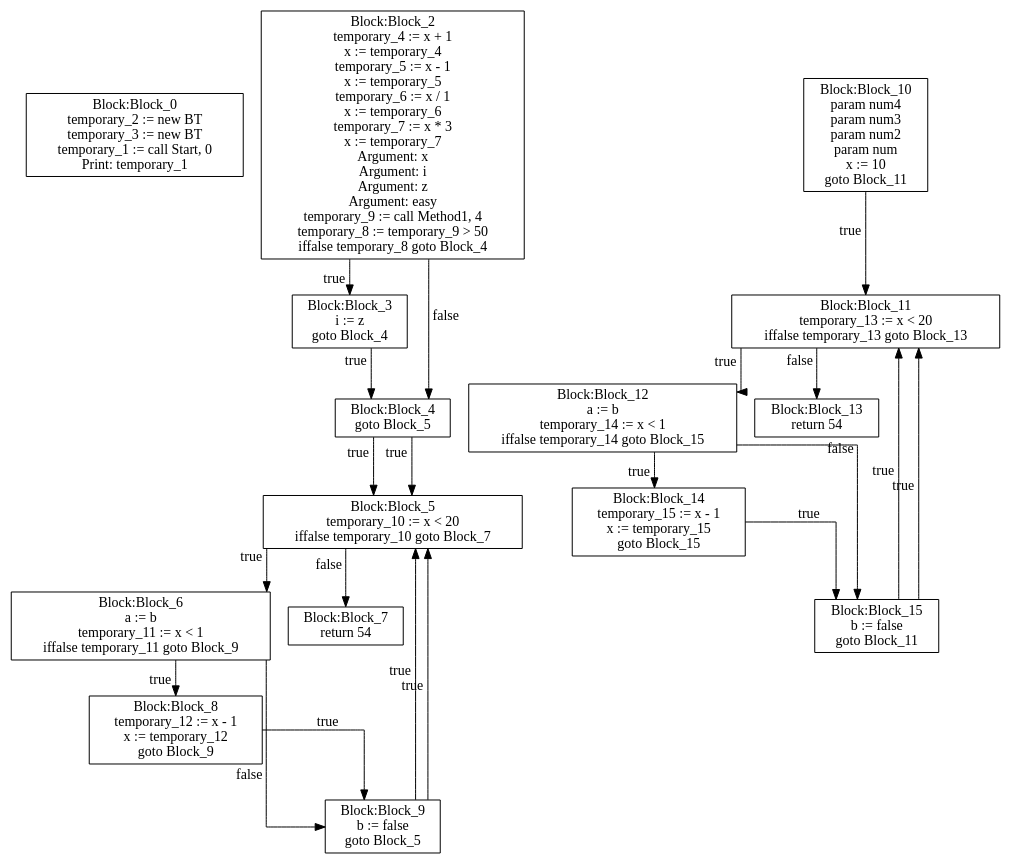
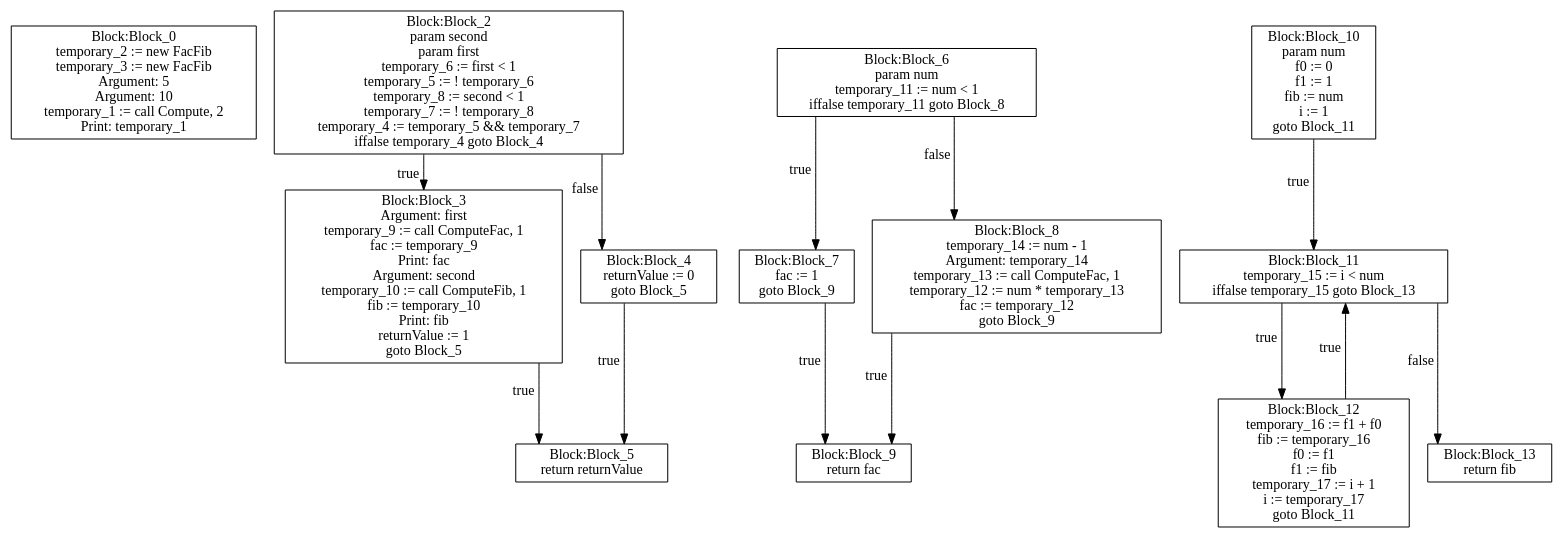
One commit to moondog-matthew/compiler-dv1655 changed the diagram in lab3/CFG-tree.dot. Above: the diagram before and after it, drawn with Graphviz. The commit also changed 7 other files, not shown here.

```diff
--- a/lab3/CFG-tree.dot
+++ b/lab3/CFG-tree.dot
@@ -1,97 +1,84 @@
 digraph {
 graph [ splines = ortho ]
 	node [ shape = box ];
 Block_0 [label="Block:Block_0
-temporary_2 := new BT
-temporary_3 := new BT
-temporary_1 := call Start, 0
+temporary_2 := new FacFib
+temporary_3 := new FacFib
+Argument: 5
+Argument: 10
+temporary_1 := call Compute, 2
 Print: temporary_1"];
 Block_2 [label="Block:Block_2
-temporary_4 := x + 1
-x := temporary_4
-temporary_5 := x - 1
-x := temporary_5
-temporary_6 := x / 1
-x := temporary_6
-temporary_7 := x * 3
-x := temporary_7
-Argument: x
-Argument: i
-Argument: z
-Argument: easy
-temporary_9 := call Method1, 4
-temporary_8 := temporary_9 > 50
-iffalse temporary_8 goto Block_4"];
+param second
+param first
+temporary_6 := first < 1
+temporary_5 := ! temporary_6
+temporary_8 := second < 1
+temporary_7 := ! temporary_8
+temporary_4 := temporary_5 && temporary_7
+iffalse temporary_4 goto Block_4"];
 Block_2 -> Block_3 [xlabel = "true"]
 Block_3 [label="Block:Block_3
-i := z
-goto Block_4"];
-Block_3 -> Block_4 [xlabel = "true"]
+Argument: first
+temporary_9 := call ComputeFac, 1
+fac := temporary_9
+Print: fac
+Argument: second
+temporary_10 := call ComputeFib, 1
+fib := temporary_10
+Print: fib
+returnValue := 1
+goto Block_5"];
+Block_3 -> Block_5 [xlabel = "true"]
+Block_5 [label="Block:Block_5
+return returnValue"];
+Block_2 -> Block_4 [xlabel = "false"]
 Block_4 [label="Block:Block_4
+returnValue := 0
 goto Block_5"];
 Block_4 -> Block_5 [xlabel = "true"]
-Block_5 [label="Block:Block_5
-temporary_10 := x < 20
-iffalse temporary_10 goto Block_7"];
-Block_5 -> Block_6 [xlabel = "true"]
 Block_6 [label="Block:Block_6
-a := b
-temporary_11 := x < 1
-iffalse temporary_11 goto Block_9"];
-Block_6 -> Block_8 [xlabel = "true"]
+param num
+temporary_11 := num < 1
+iffalse temporary_11 goto Block_8"];
+Block_6 -> Block_7 [xlabel = "true"]
+Block_7 [label="Block:Block_7
+fac := 1
+goto Block_9"];
+Block_7 -> Block_9 [xlabel = "true"]
+Block_9 [label="Block:Block_9
+return fac"];
+Block_6 -> Block_8 [xlabel = "false"]
 Block_8 [label="Block:Block_8
-temporary_12 := x - 1
-x := temporary_12
+temporary_14 := num - 1
+Argument: temporary_14
+temporary_13 := call ComputeFac, 1
+temporary_12 := num * temporary_13
+fac := temporary_12
 goto Block_9"];
 Block_8 -> Block_9 [xlabel = "true"]
-Block_9 [label="Block:Block_9
-b := false
-goto Block_5"];
-Block_9 -> Block_5 [xlabel = "true"]
-Block_6 -> Block_9 [xlabel = "false"]
-Block_9 [label="Block:Block_9
-b := false
-goto Block_5"];
-Block_9 -> Block_5 [xlabel = "true"]
-Block_5 -> Block_7 [xlabel = "false"]
-Block_7 [label="Block:Block_7
-return 54"];
-Block_2 -> Block_4 [xlabel = "false"]
-Block_4 [label="Block:Block_4
-goto Block_5"];
-Block_4 -> Block_5 [xlabel = "true"]
 Block_10 [label="Block:Block_10
-param num4
-param num3
-param num2
 param num
-x := 10
+f0 := 0
+f1 := 1
+fib := num
+i := 1
 goto Block_11"];
 Block_10 -> Block_11 [xlabel = "true"]
 Block_11 [label="Block:Block_11
-temporary_13 := x < 20
-iffalse temporary_13 goto Block_13"];
+temporary_15 := i < num
+iffalse temporary_15 goto Block_13"];
 Block_11 -> Block_12 [xlabel = "true"]
 Block_12 [label="Block:Block_12
-a := b
-temporary_14 := x < 1
-iffalse temporary_14 goto Block_15"];
-Block_12 -> Block_14 [xlabel = "true"]
-Block_14 [label="Block:Block_14
-temporary_15 := x - 1
-x := temporary_15
-goto Block_15"];
-Block_14 -> Block_15 [xlabel = "true"]
-Block_15 [label="Block:Block_15
-b := false
+temporary_16 := f1 + f0
+fib := temporary_16
+f0 := f1
+f1 := fib
+temporary_17 := i + 1
+i := temporary_17
 goto Block_11"];
-Block_15 -> Block_11 [xlabel = "true"]
-Block_12 -> Block_15 [xlabel = "false"]
-Block_15 [label="Block:Block_15
-b := false
-goto Block_11"];
-Block_15 -> Block_11 [xlabel = "true"]
+Block_12 -> Block_11 [xlabel = "true"]
 Block_11 -> Block_13 [xlabel = "false"]
 Block_13 [label="Block:Block_13
-return 54"];
+return fib"];
 }
```
